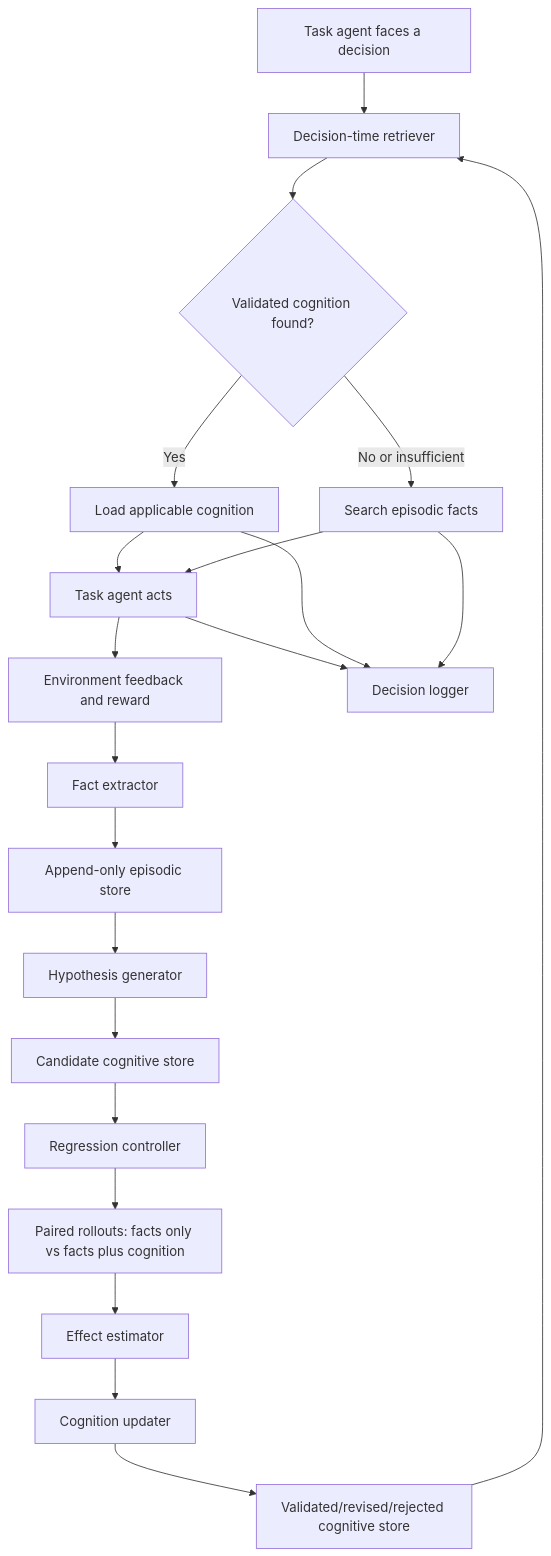
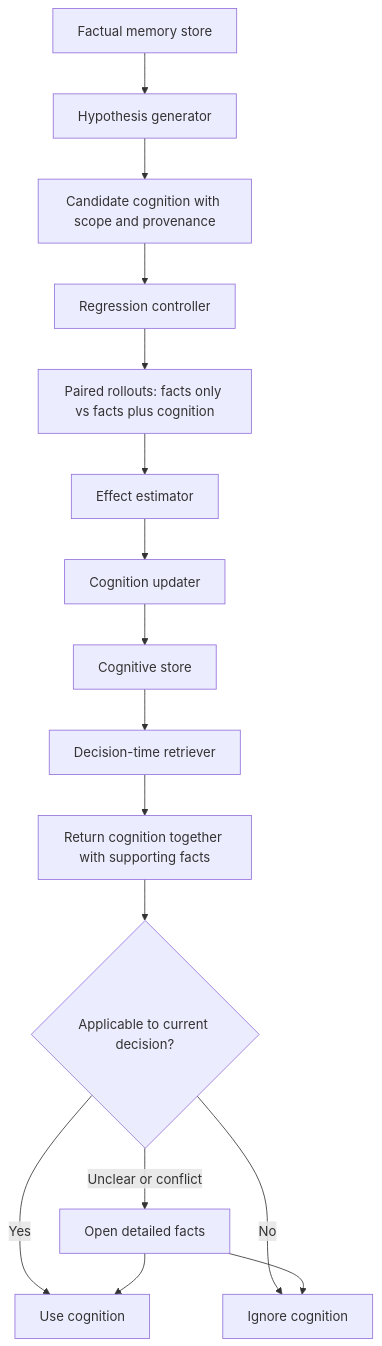
The second of 2 diagrams in AGENTIC_MEMORY_PLAN.md (QianJaneXie/LatentGym-AgenticMemory), drawn with Mermaid before and after one commit. The commit also changed other lines of this file, not shown here.

````diff
--- a/AGENTIC_MEMORY_PLAN.md
+++ b/AGENTIC_MEMORY_PLAN.md
@@ -181,23 +307,18 @@
 ```mermaid
 flowchart TD
-    A[Task agent faces a decision] --> B[Decision-time retriever]
-    B --> C{Validated cognition found?}
-    C -->|Yes| D[Load applicable cognition]
-    C -->|No or insufficient| E[Search episodic facts]
-    D --> F[Task agent acts]
-    E --> F
-    F --> G[Environment feedback and reward]
-    G --> H[Fact extractor]
-    H --> I[Append-only episodic store]
-    F --> J[Decision logger]
-    D --> J
-    E --> J
-    I --> K[Hypothesis generator]
-    K --> L[Candidate cognitive store]
-    L --> M[Regression controller]
-    M --> N[Paired rollouts: facts only vs facts plus cognition]
-    N --> O[Effect estimator]
-    O --> P[Cognition updater]
-    P --> Q[Validated/revised/rejected cognitive store]
-    Q --> B
+    A[Factual memory store] --> B[Hypothesis generator]
+    B --> C[Candidate cognition with scope and provenance]
+    C --> D[Regression controller]
+    D --> E[Paired rollouts: facts only vs facts plus cognition]
+    E --> F[Effect estimator]
+    F --> G[Cognition updater]
+    G --> H[Cognitive store]
+    H --> I[Decision-time retriever]
+    I --> J[Return cognition together with supporting facts]
+    J --> K{Applicable to current decision?}
+    K -->|Unclear or conflict| L[Open detailed facts]
+    K -->|Yes| M[Use cognition]
+    K -->|No| N[Ignore cognition]
+    L --> M
+    L --> N
 ```
````
